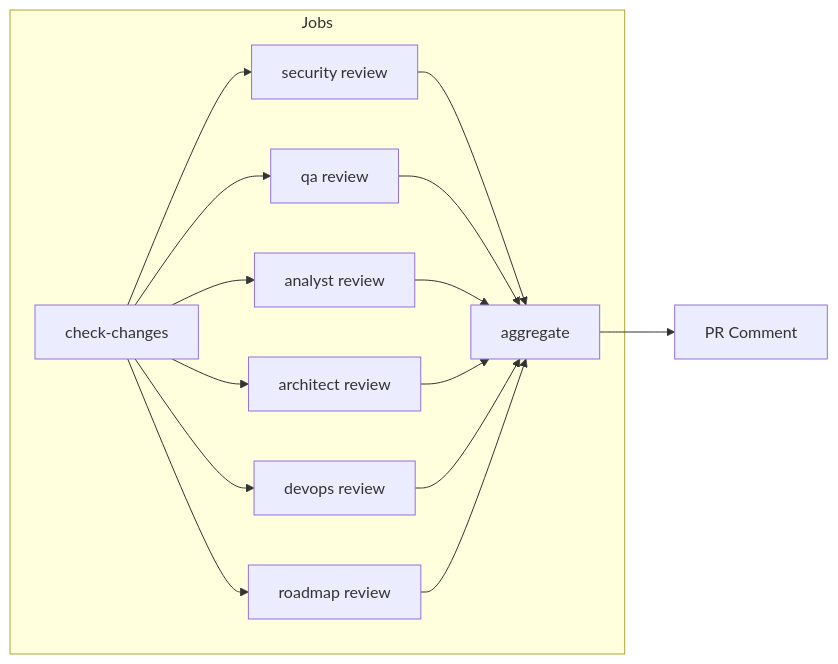
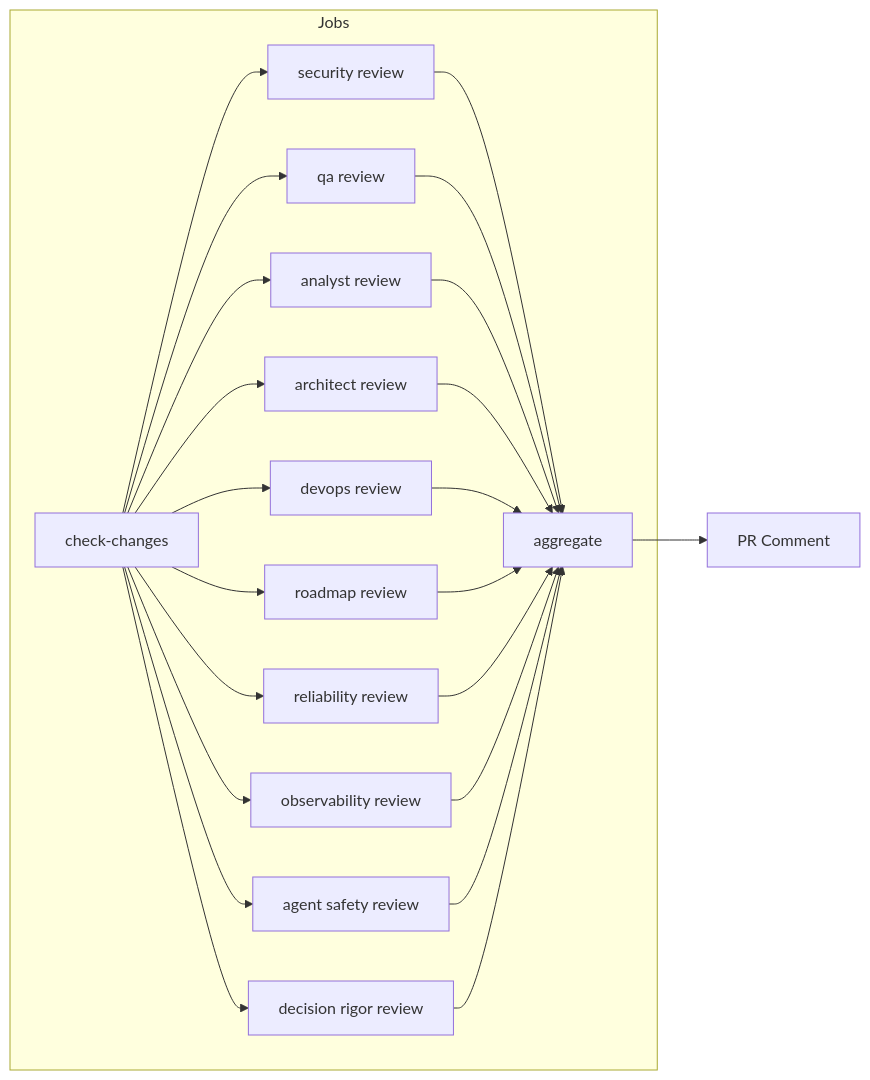
The second of 7 diagrams in .github/AGENTS.md (rjmurillo/ai-agents), drawn with Mermaid before and after one commit. The commit also changed other lines of this file and 4 other files, not shown here.

````diff
--- a/.github/AGENTS.md
+++ b/.github/AGENTS.md
@@ -118,17 +122,21 @@
 ```mermaid
 flowchart LR
     subgraph Jobs
         CC[check-changes]
         R1[security review]
         R2[qa review]
         R3[analyst review]
         R4[architect review]
         R5[devops review]
         R6[roadmap review]
+        R7[reliability review]
+        R8[observability review]
+        R9[agent safety review]
+        R10[decision rigor review]
         AG[aggregate]
     end
 
-    CC --> R1 & R2 & R3 & R4 & R5 & R6
-    R1 & R2 & R3 & R4 & R5 & R6 --> AG
+    CC --> R1 & R2 & R3 & R4 & R5 & R6 & R7 & R8 & R9 & R10
+    R1 & R2 & R3 & R4 & R5 & R6 & R7 & R8 & R9 & R10 --> AG
     AG --> CMT[PR Comment]
 ```
````
